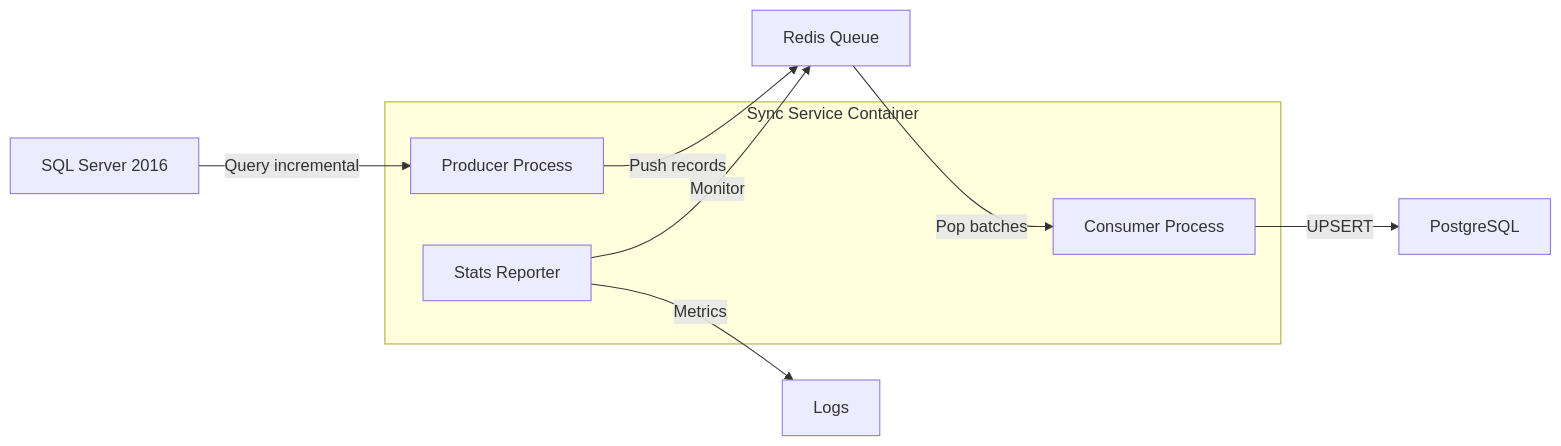
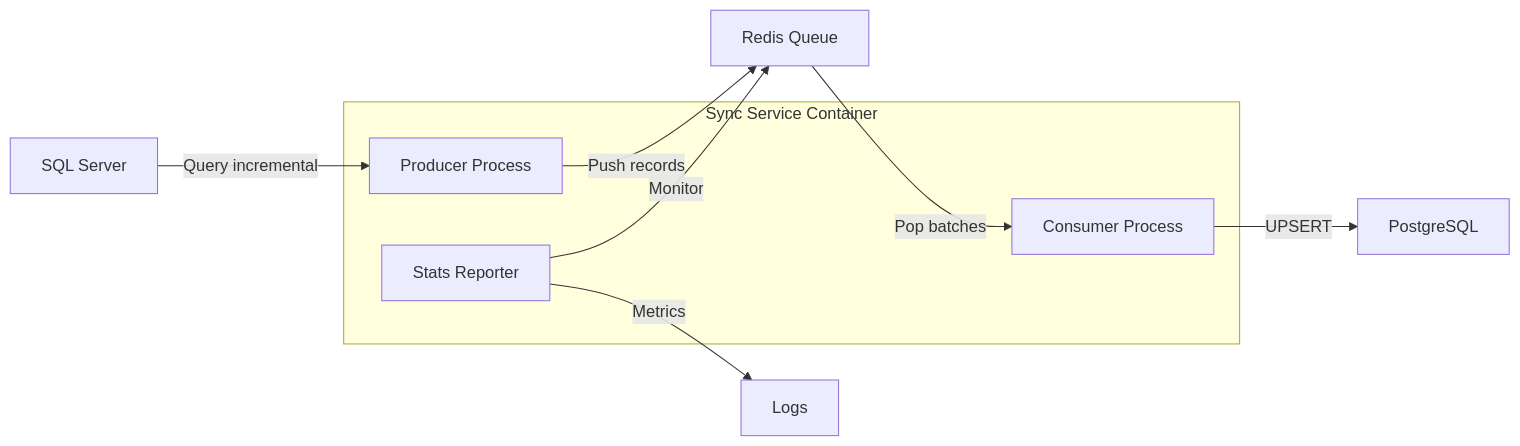
Before and after one commit to Bl4ck0z/sync-service: the diagram in README.md, drawn with Mermaid.

Commit message:
README updated

````diff
--- a/README.md
+++ b/README.md
@@ -27,16 +27,16 @@
 ```mermaid
 graph LR
-    A[SQL Server 2016] -->|Query incremental| B[Producer Process]
+    A[SQL Server] -->|Query incremental| B[Producer Process]
     B -->|Push records| C[Redis Queue]
     C -->|Pop batches| D[Consumer Process]
     D -->|UPSERT| E[PostgreSQL]
     
     F[Stats Reporter] -->|Monitor| C
     F -->|Metrics| G[Logs]
     
     subgraph "Sync Service Container"
         B
         D
         F
     end
 ```
````
